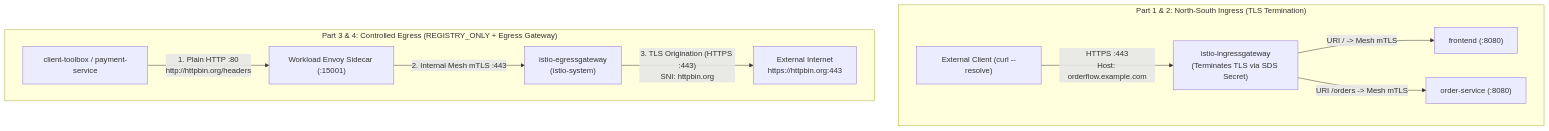
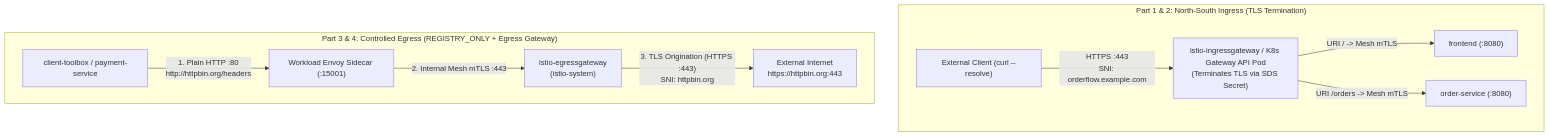
One commit to chan3845/Istio changed the diagram in 03-gateways-ingress-and-egress/LAB.md. Above: the diagram before and after it, drawn with Mermaid. The commit also changed other lines of this file and 56 other files, not shown here.

````diff
--- a/03-gateways-ingress-and-egress/LAB.md
+++ b/03-gateways-ingress-and-egress/LAB.md
@@ -30,14 +40,14 @@
 ```mermaid
 flowchart TB
     subgraph NorthSouthIngress["Part 1 & 2: North-South Ingress (TLS Termination)"]
-        ExtUser["External Client (curl --resolve)"] -->|"HTTPS :443<br/>Host: orderflow.example.com"| IGW["istio-ingressgateway<br/>(Terminates TLS via SDS Secret)"]
+        ExtUser["External Client (curl --resolve)"] -->|"HTTPS :443<br/>SNI: orderflow.example.com"| IGW["istio-ingressgateway / K8s Gateway API Pod<br/>(Terminates TLS via SDS Secret)"]
         IGW -->|"URI / -> Mesh mTLS"| Frontend["frontend (:8080)"]
         IGW -->|"URI /orders -> Mesh mTLS"| OrderSvc["order-service (:8080)"]
     end
 
     subgraph ControlledEgress["Part 3 & 4: Controlled Egress (REGISTRY_ONLY + Egress Gateway)"]
         Toolbox["client-toolbox / payment-service"] -->|"1. Plain HTTP :80<br/>http://httpbin.org/headers"| Sidecar["Workload Envoy Sidecar (:15001)"]
         Sidecar -->|"2. Internal Mesh mTLS :443"| EGW["istio-egressgateway<br/>(istio-system)"]
         EGW -->|"3. TLS Origination (HTTPS :443)<br/>SNI: httpbin.org"| Httpbin["External Internet<br/>https://httpbin.org:443"]
     end
 ```
````
